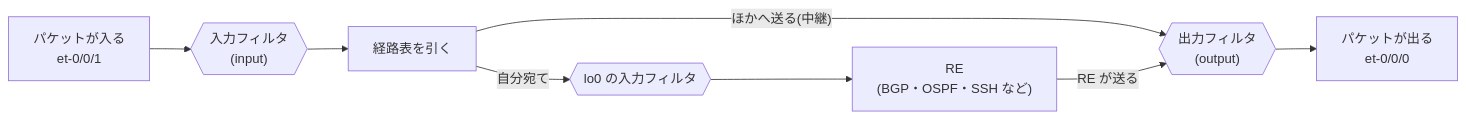
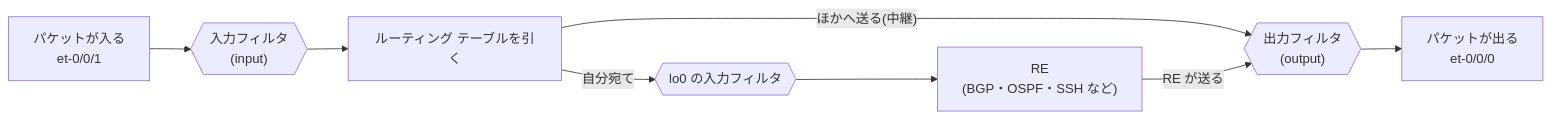
The diagram in courses/junos/ja/20-j2-map.md (suzugross/CCNP_LAB_FACTORY), drawn with Mermaid before and after one commit. The commit also changed other lines of this file and 302 other files, not shown here.

````diff
--- a/courses/junos/ja/20-j2-map.md
+++ b/courses/junos/ja/20-j2-map.md
@@ -76,10 +76,10 @@
 ```mermaid
 flowchart LR
   IN["パケットが入る<br>et-0/0/1"] --> IF_IN{{"入力フィルタ<br>(input)"}}
-  IF_IN --> RT["経路表を引く"]
+  IF_IN --> RT["ルーティング テーブルを引く"]
   RT -- "ほかへ送る(中継)" --> IF_OUT{{"出力フィルタ<br>(output)"}}
   IF_OUT --> OUT["パケットが出る<br>et-0/0/0"]
   RT -- "自分宛て" --> LO{{"lo0 の入力フィルタ"}}
   LO --> RE["RE<br>(BGP・OSPF・SSH など)"]
   RE -- "RE が送る" --> IF_OUT
 ```
````
